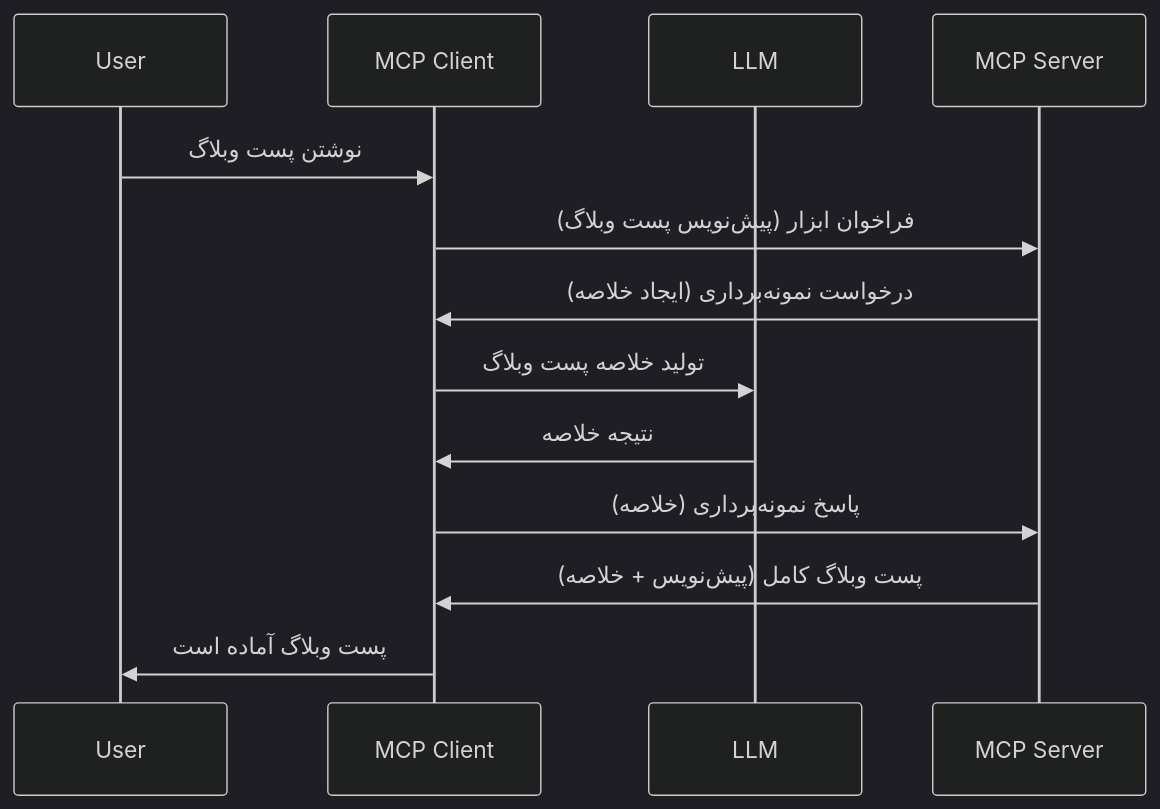
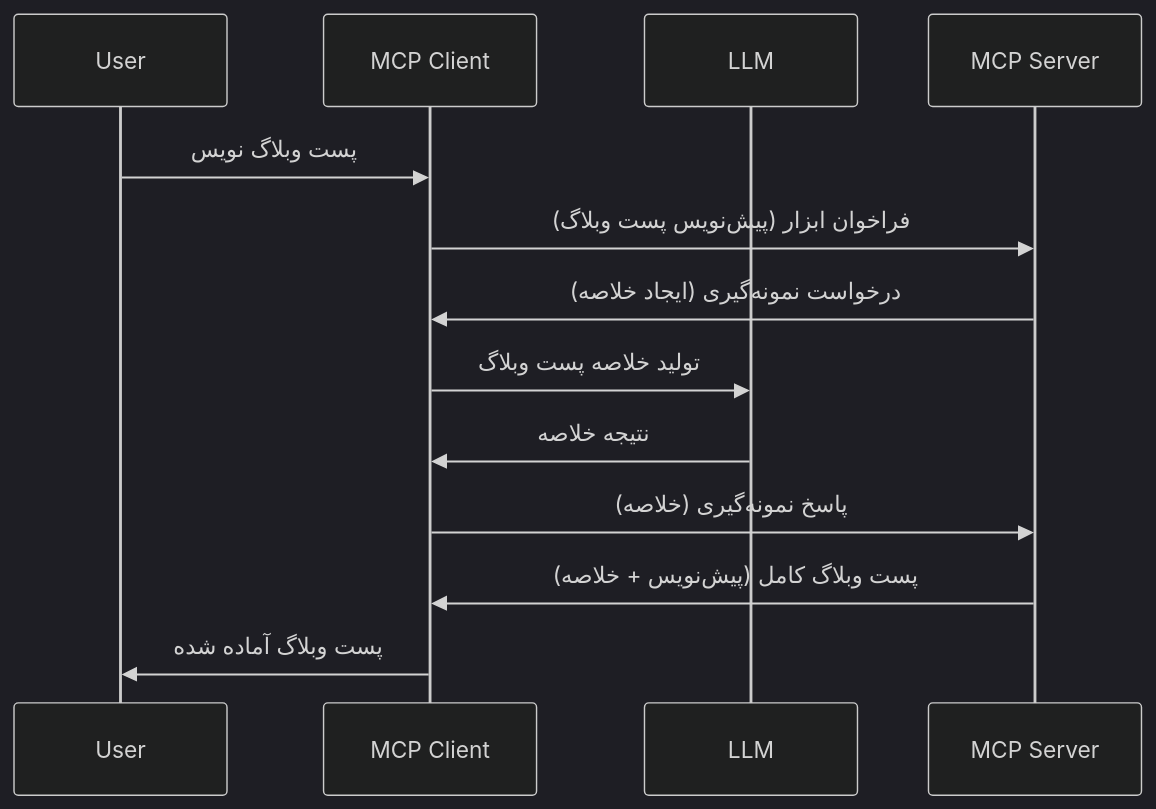
One commit to HIDORAKAI002/ai-workspace-archive changed the diagram in mcp_ecosystem__model_context_protocol/mcp_learning_resources/mcp-for-beginners/translations/fa/03-GettingStarted/14-sampling/README.md. Above: the diagram before and after it, drawn with Mermaid (dark theme). The commit also changed other lines of this file and 1046 other files, not shown here.

````diff
--- a/mcp_ecosystem__model_context_protocol/mcp_learning_resources/mcp-for-beginners/translations/fa/03-GettingStarted/14-sampling/README.md
+++ b/mcp_ecosystem__model_context_protocol/mcp_learning_resources/mcp-for-beginners/translations/fa/03-GettingStarted/14-sampling/README.md
@@ -23,16 +25,16 @@
 ```mermaid
 sequenceDiagram
     participant User
     participant MCP Client
     participant LLM
     participant MCP Server
 
-    User->>MCP Client: نوشتن پست وبلاگ
+    User->>MCP Client: پست وبلاگ نویس
     MCP Client->>MCP Server: فراخوان ابزار (پیش‌نویس پست وبلاگ)
-    MCP Server->>MCP Client: درخواست نمونه‌برداری (ایجاد خلاصه)
+    MCP Server->>MCP Client: درخواست نمونه‌گیری (ایجاد خلاصه)
     MCP Client->>LLM: تولید خلاصه پست وبلاگ
     LLM->>MCP Client: نتیجه خلاصه
-    MCP Client->>MCP Server: پاسخ نمونه‌برداری (خلاصه)
+    MCP Client->>MCP Server: پاسخ نمونه‌گیری (خلاصه)
     MCP Server->>MCP Client: پست وبلاگ کامل (پیش‌نویس + خلاصه)
-    MCP Client->>User: پست وبلاگ آماده است
+    MCP Client->>User: پست وبلاگ آماده شده
 ```
````
